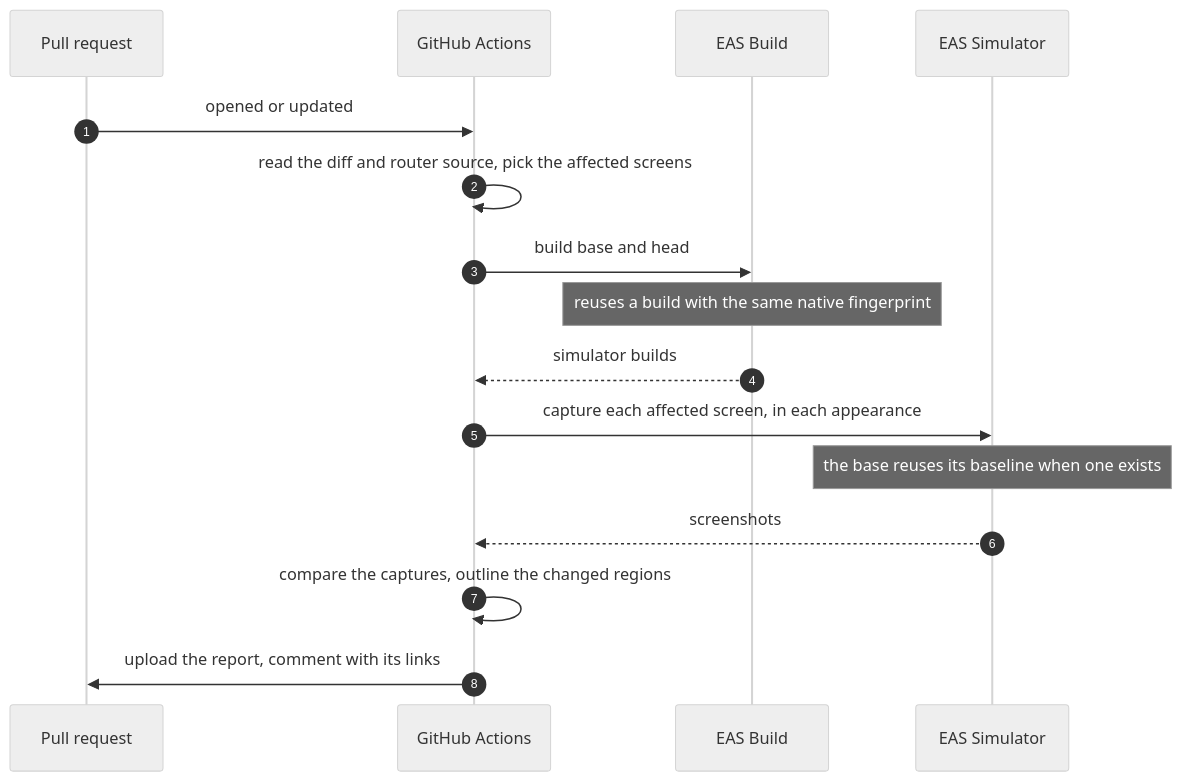
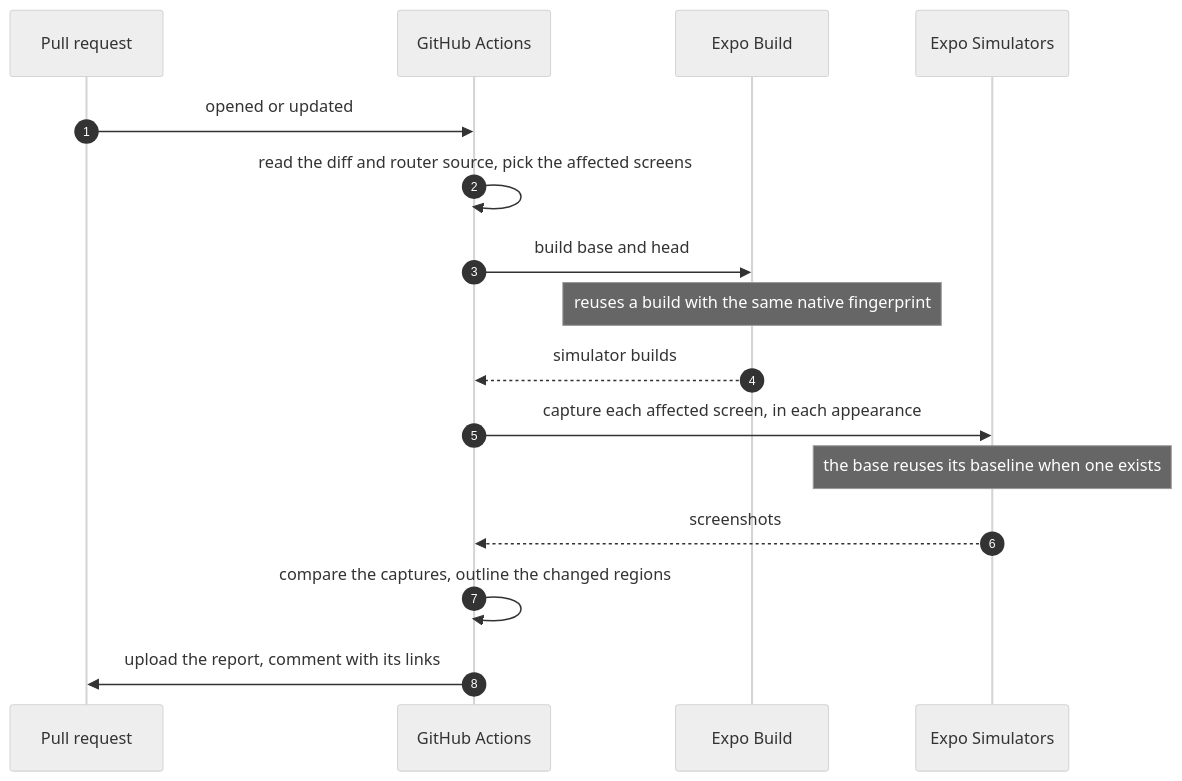
One commit to expo/explore changed the diagram in README.md. Above: the diagram before and after it, drawn with Mermaid (neutral theme). The commit also changed other lines of this file and 94 other files, not shown here.

Commit message:
Use Expo's current service names: Expo Simulators, Expo Hosting, Expo Build, and Expo Services for EAS on its own (#81)

````diff
--- a/README.md
+++ b/README.md
@@ -560,18 +560,18 @@
 ```mermaid
 sequenceDiagram
   autonumber
   participant PR as Pull request
   participant GA as GitHub Actions
-  participant B as EAS Build
-  participant S as EAS Simulator
+  participant B as Expo Build
+  participant S as Expo Simulators
   PR->>GA: opened or updated
   GA->>GA: read the diff and router source, pick the affected screens
   GA->>B: build base and head
   Note over B: reuses a build with the same native fingerprint
   B-->>GA: simulator builds
   GA->>S: capture each affected screen, in each appearance
   Note over S: the base reuses its baseline when one exists
   S-->>GA: screenshots
   GA->>GA: compare the captures, outline the changed regions
   GA->>PR: upload the report, comment with its links
 ```
````
